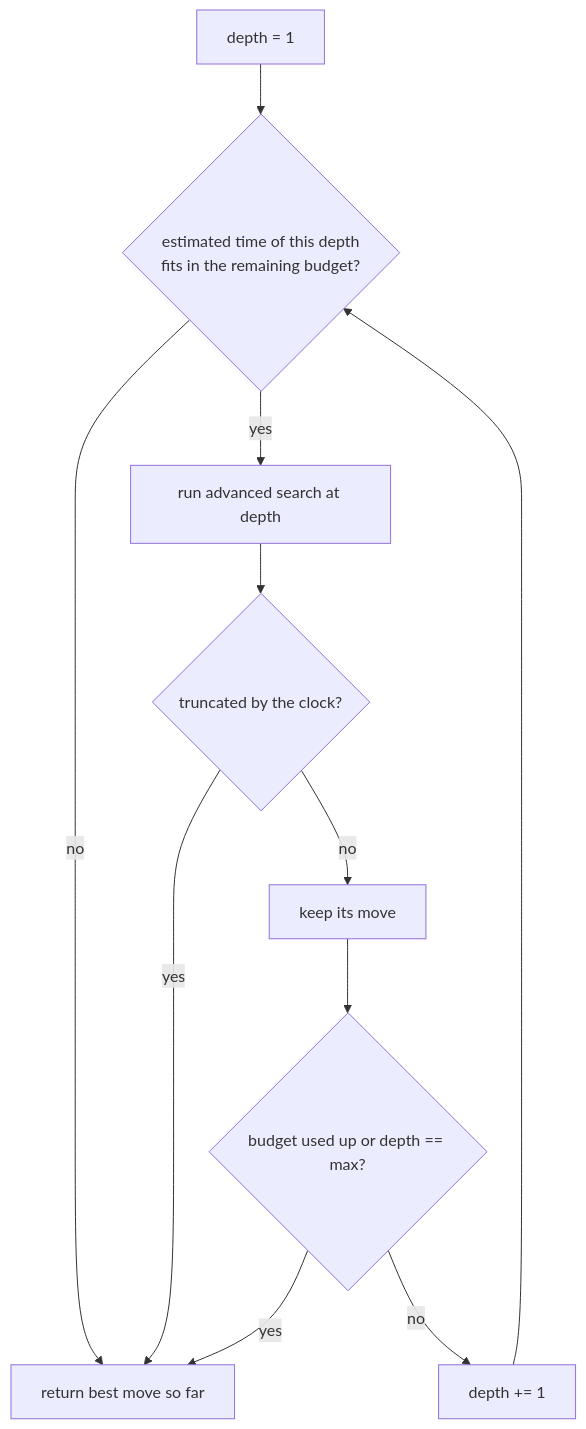
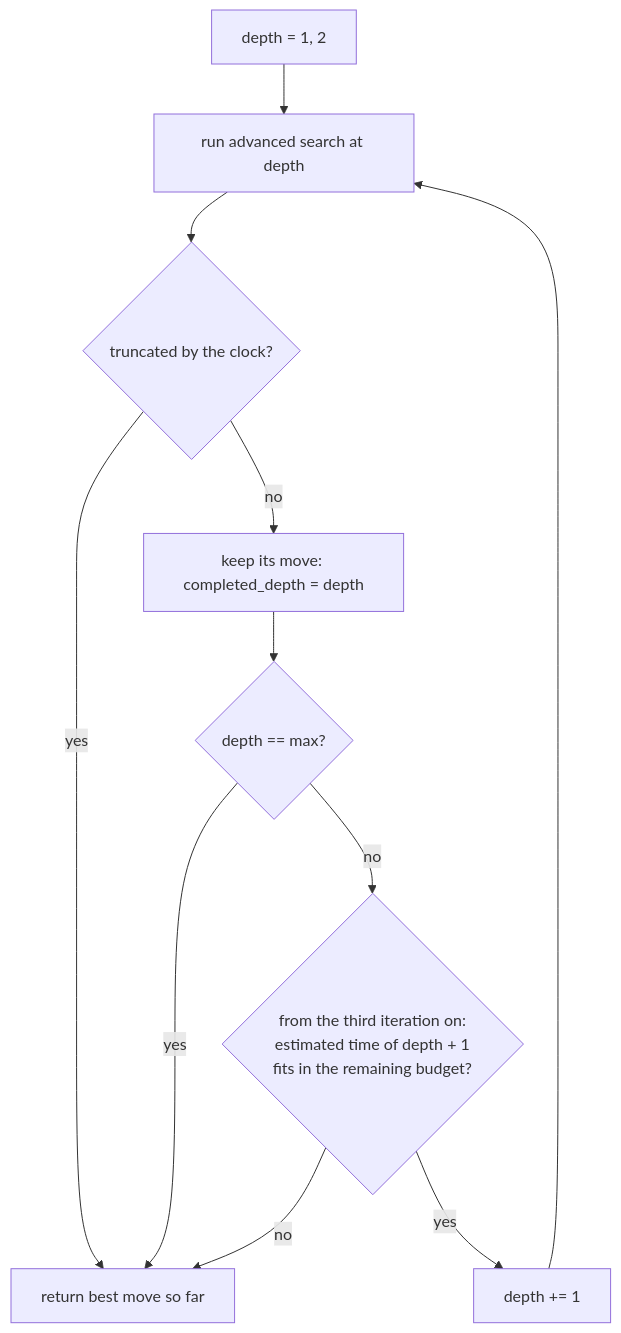
One commit to JoaquinDeVA/chess-ai-engine changed the second of 3 diagrams in docs/SEARCH_ALGORITHMS.md. Above: the diagram before and after it, drawn with Mermaid. The commit also changed other lines of this file and 10 other files, not shown here.

````diff
--- a/docs/SEARCH_ALGORITHMS.md
+++ b/docs/SEARCH_ALGORITHMS.md
@@ -63,12 +70,12 @@
 ```mermaid
 flowchart TD
-    A["depth = 1"] --> B{"estimated time of this depth<br/>fits in the remaining budget?"}
-    B -- no --> Z["return best move so far"]
-    B -- yes --> C["run advanced search at depth"]
+    A["depth = 1, 2"] --> C["run advanced search at depth"]
     C --> D{"truncated by the clock?"}
-    D -- yes --> Z
-    D -- no --> E["keep its move"]
-    E --> F{"budget used up or depth == max?"}
+    D -- yes --> Z["return best move so far"]
+    D -- no --> E["keep its move: completed_depth = depth"]
+    E --> F{"depth == max?"}
     F -- yes --> Z
-    F -- no --> G["depth += 1"] --> B
+    F -- no --> B{"from the third iteration on:<br/>estimated time of depth + 1<br/>fits in the remaining budget?"}
+    B -- no --> Z
+    B -- yes --> G["depth += 1"] --> C
 ```
````
